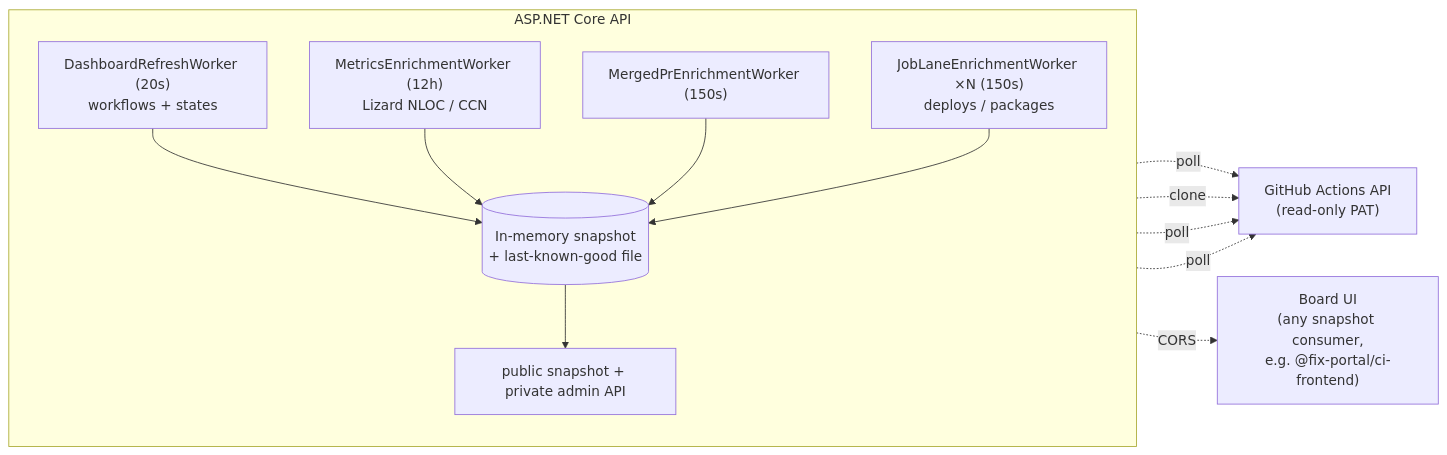
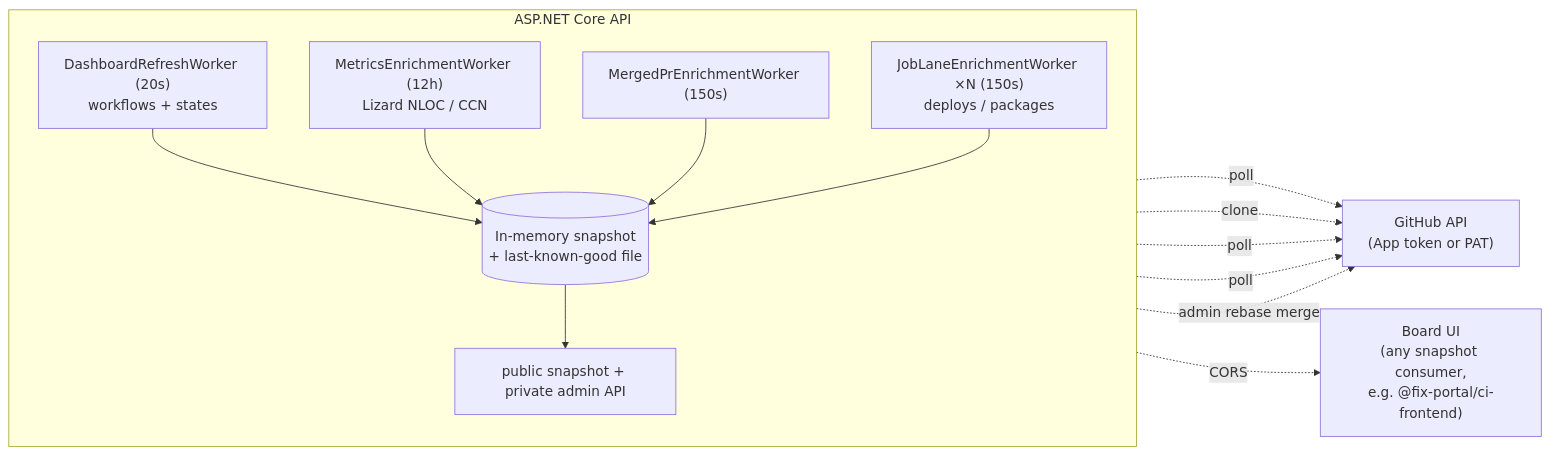
One commit to FixPortal/fixportal-ci-backend changed the diagram in README.md. Above: the diagram before and after it, drawn with Mermaid. The commit also changed other lines of this file and 8 other files, not shown here.

````diff
--- a/README.md
+++ b/README.md
@@ -43,24 +44,25 @@
 ```mermaid
 graph LR
     subgraph App["ASP.NET Core API"]
         direction TB
         RW["DashboardRefreshWorker (20s)<br/>workflows + states"]
         MW["MetricsEnrichmentWorker (12h)<br/>Lizard NLOC / CCN"]
         PW["MergedPrEnrichmentWorker (150s)"]
         JW["JobLaneEnrichmentWorker ×N (150s)<br/>deploys / packages"]
         SNAP[("In-memory snapshot<br/>+ last-known-good file")]
         API["public snapshot + private admin API"]
         RW --> SNAP
         MW --> SNAP
         PW --> SNAP
         JW --> SNAP
         SNAP --> API
     end
-    GH["GitHub Actions API<br/>(read-only PAT)"]
+    GH["GitHub API<br/>(App token or PAT)"]
     SPA["Board UI<br/>(any snapshot consumer,<br/>e.g. @fix-portal/ci-frontend)"]
     RW -.poll.-> GH
     MW -.clone.-> GH
     PW -.poll.-> GH
     JW -.poll.-> GH
+    API -.admin rebase merge.-> GH
     API -.CORS.-> SPA
 ```
````
